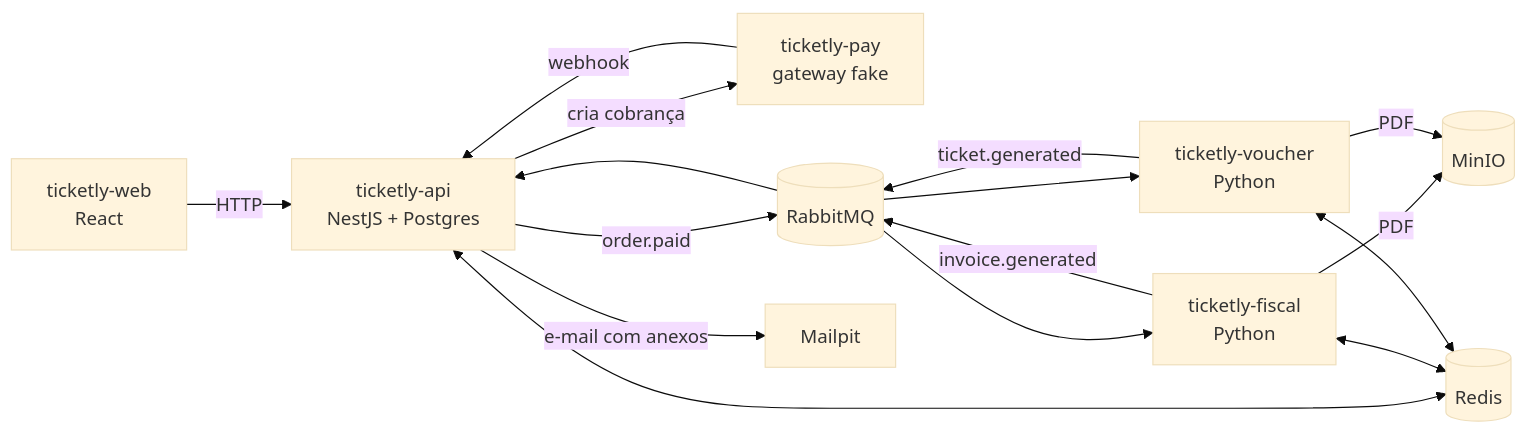
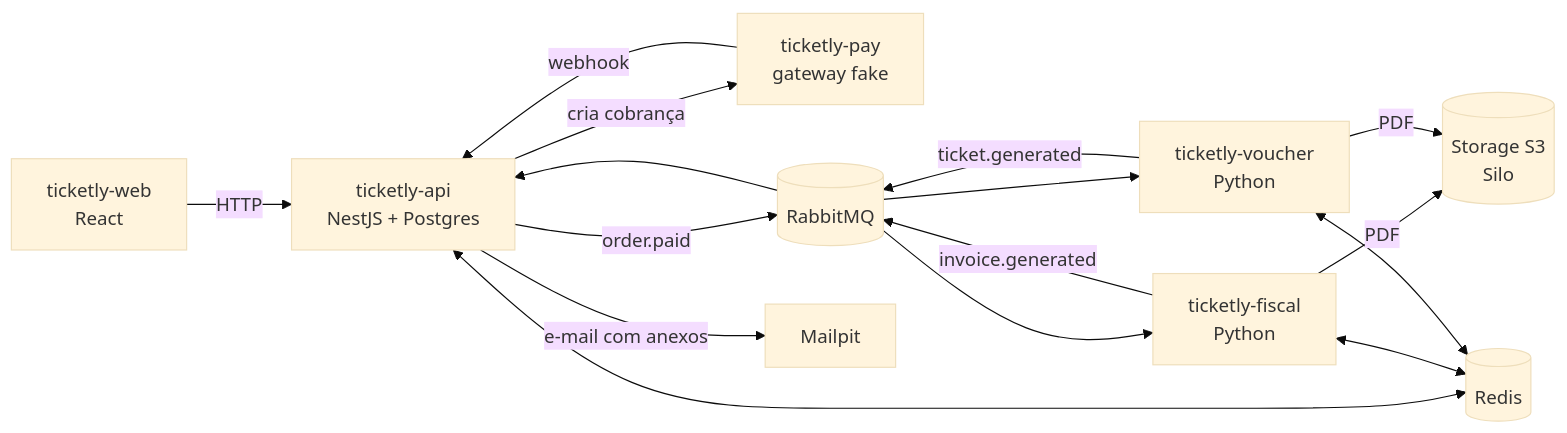
Before and after one commit to Dan1elz/ticketly: the diagram in README.md, drawn with Mermaid (base theme). The commit also changed other lines of this file and 21 other files, not shown here.

````diff
--- a/README.md
+++ b/README.md
@@ -26,18 +26,18 @@
 ```mermaid
 flowchart LR
     web[ticketly-web<br/>React] -->|HTTP| api[ticketly-api<br/>NestJS + Postgres]
     api -->|cria cobrança| pay[ticketly-pay<br/>gateway fake]
     pay -->|webhook| api
     api -->|order.paid| mq[(RabbitMQ)]
     mq --> fiscal[ticketly-fiscal<br/>Python]
     mq --> voucher[ticketly-voucher<br/>Python]
-    fiscal -->|PDF| s3[(MinIO)]
+    fiscal -->|PDF| s3[(Storage S3<br/>Silo)]
     voucher -->|PDF| s3
     fiscal -->|invoice.generated| mq
     voucher -->|ticket.generated| mq
     mq --> api
     api -->|e-mail com anexos| mail[Mailpit]
     api <--> redis[(Redis)]
     fiscal <--> redis
     voucher <--> redis
 ```
````
